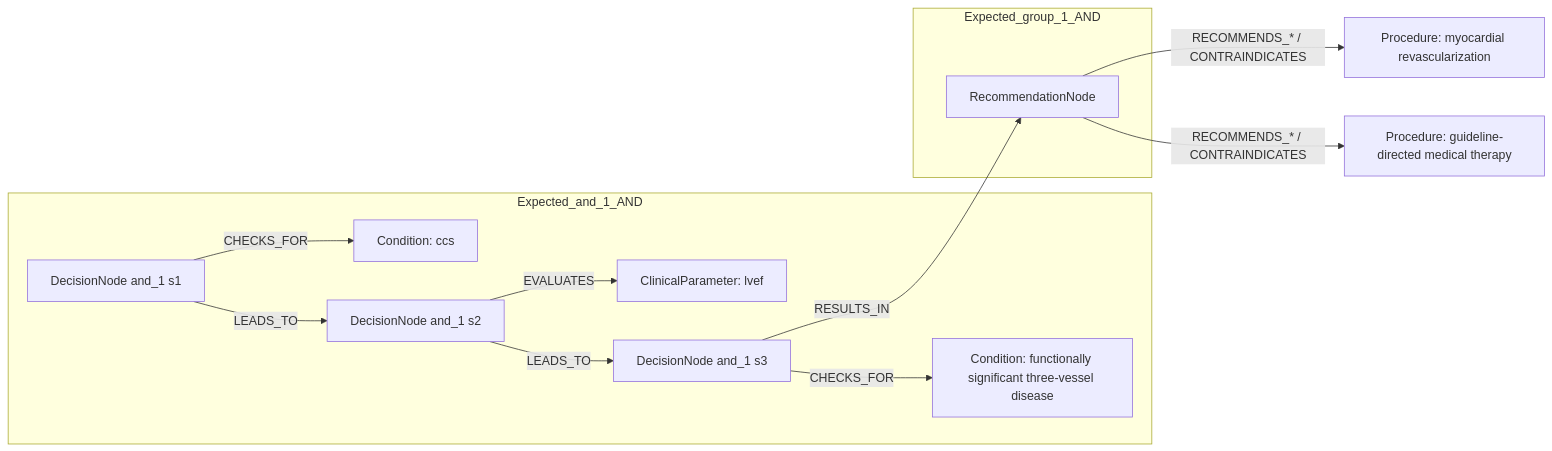
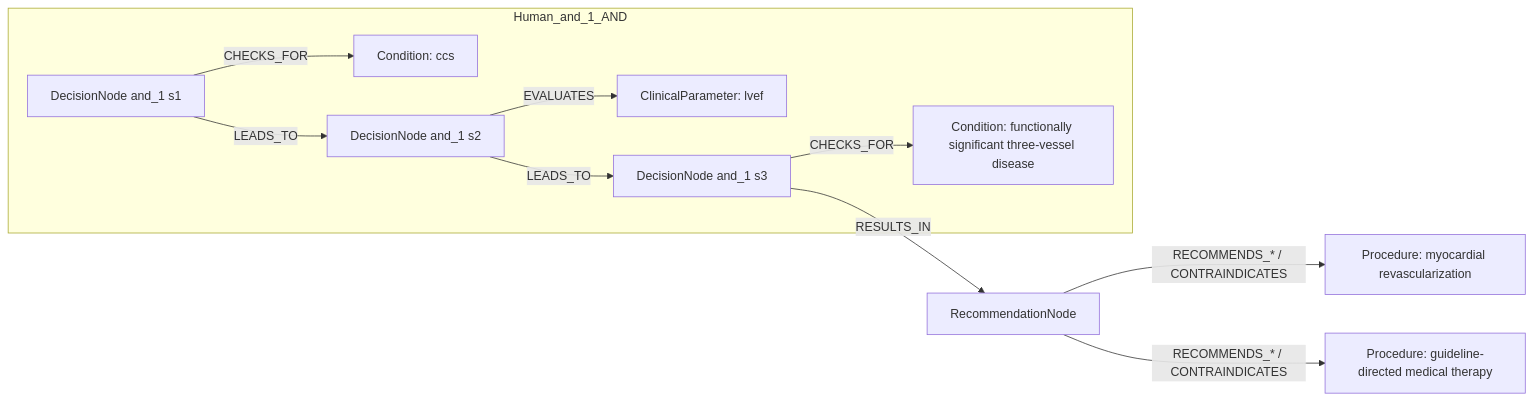
One commit to dieterich-lab/CardioGuidelinesGraph changed the first of 2 diagrams in docs/table22_rows/row_07.md. Above: the diagram before and after it, drawn with Mermaid. The commit also changed other lines of this file and 18 other files, not shown here.

Commit message:
Adjust mermaid for conditions/actions

````diff
--- a/docs/table22_rows/row_07.md
+++ b/docs/table22_rows/row_07.md
@@ -139,25 +139,22 @@
 ```mermaid
 graph LR
   REC[RecommendationNode]
   ACT1[Procedure: myocardial revascularization]
   REC -->|RECOMMENDS_* / CONTRAINDICATES| ACT1
   ACT2[Procedure: guideline-directed medical therapy]
   REC -->|RECOMMENDS_* / CONTRAINDICATES| ACT2
-  subgraph Expected_and_1_AND
+  subgraph Human_and_1_AND
     D_and_1_1[DecisionNode and_1 s1]
     C_and_1_1[Condition: ccs]
     D_and_1_1 -->|CHECKS_FOR| C_and_1_1
     D_and_1_2[DecisionNode and_1 s2]
     C_and_1_2[ClinicalParameter: lvef]
     D_and_1_2 -->|EVALUATES| C_and_1_2
     D_and_1_3[DecisionNode and_1 s3]
     C_and_1_3[Condition: functionally significant three-vessel disease]
     D_and_1_3 -->|CHECKS_FOR| C_and_1_3
     D_and_1_1 -->|LEADS_TO| D_and_1_2
     D_and_1_2 -->|LEADS_TO| D_and_1_3
   end
-  subgraph Expected_group_1_AND
-    REC
-  end
   D_and_1_3 -->|RESULTS_IN| REC
 ```
````
